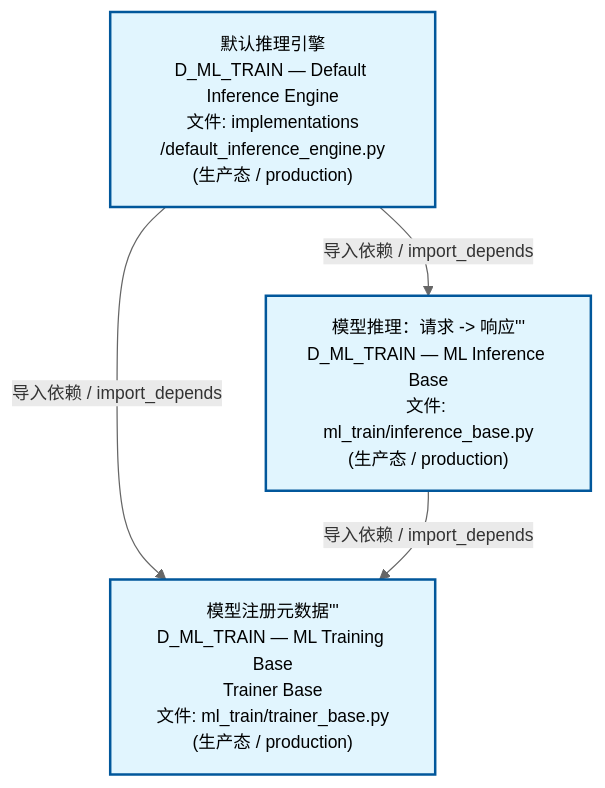
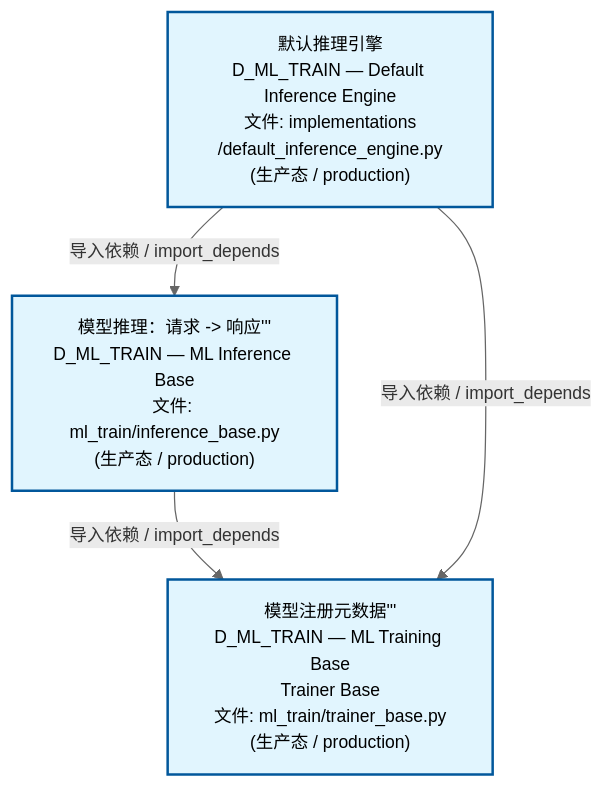
The second of 4 diagrams in docs/02_enterprise_architecture/02_domain_architecture_docs/61_d_ml_train.md (xuanFelixVan/ZephyrAlpha), drawn with Mermaid before and after one commit. The commit also changed other lines of this file and 49 other files, not shown here.

````diff
--- a/docs/02_enterprise_architecture/02_domain_architecture_docs/61_d_ml_train.md
+++ b/docs/02_enterprise_architecture/02_domain_architecture_docs/61_d_ml_train.md
@@ -107,15 +107,15 @@
 ```mermaid
 %%{init: {'theme': 'base', 'themeVariables': {'primaryColor': '#eaeaea', 'primaryTextColor': '#333333', 'primaryBorderColor': '#666666', 'lineColor': '#666666', 'secondaryColor': '#eaeaea', 'tertiaryColor': '#eaeaea', 'fontSize': '14px'}}}%%
 flowchart TD
     src_zephyr_ml_train_implementations_default_inference_engine_py["默认推理引擎<br/>D_ML_TRAIN — Default Inference Engine<br/>文件: implementations<br/>/default_inference_engine.py<br/>(生产态 / production)"]
     src_zephyr_ml_train_inference_base_py["模型推理：请求 -> 响应'''<br/>D_ML_TRAIN — ML Inference Base<br/>文件: ml_train/inference_base.py<br/>(生产态 / production)"]
     src_zephyr_ml_train_trainer_base_py["模型注册元数据'''<br/>D_ML_TRAIN — ML Training Base<br/>Trainer Base<br/>文件: ml_train/trainer_base.py<br/>(生产态 / production)"]
+    src_zephyr_ml_train_inference_base_py -->|导入依赖 / import_depends| src_zephyr_ml_train_trainer_base_py
+    src_zephyr_ml_train_implementations_default_inference_engine_py -->|导入依赖 / import_depends| src_zephyr_ml_train_inference_base_py
     src_zephyr_ml_train_implementations_default_inference_engine_py -->|导入依赖 / import_depends| src_zephyr_ml_train_trainer_base_py
-    src_zephyr_ml_train_implementations_default_inference_engine_py -->|导入依赖 / import_depends| src_zephyr_ml_train_inference_base_py
-    src_zephyr_ml_train_inference_base_py -->|导入依赖 / import_depends| src_zephyr_ml_train_trainer_base_py
     classDef production fill:#e1f5fe,stroke:#01579b,stroke-width:2px,color:#000
     classDef design fill:#fff3e0,stroke:#e65100,stroke-width:2px,color:#000,stroke-dasharray: 5 5
     classDef external_prod fill:#e8f4fd,stroke:#0277bd,stroke-width:1px,color:#000
     classDef external_design fill:#fff8e7,stroke:#ef6c00,stroke-width:1px,color:#000,stroke-dasharray: 5 5
     class src_zephyr_ml_train_implementations_default_inference_engine_py,src_zephyr_ml_train_inference_base_py,src_zephyr_ml_train_trainer_base_py production
 ```
````
